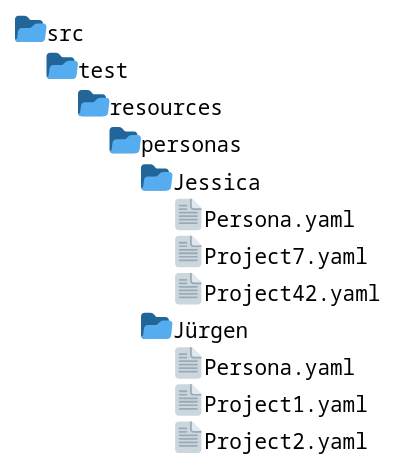
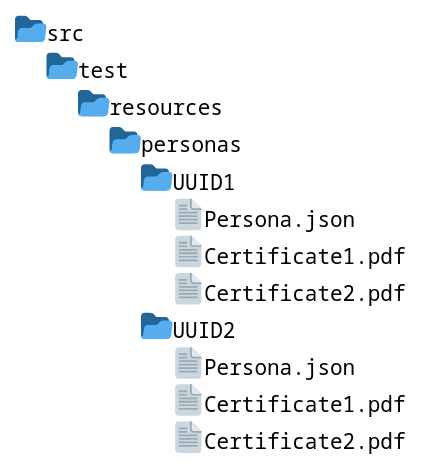
Before and after one commit to infoteam-Software-AG/profile-assist: the diagram in src/main/docs/_includes/concept/persona-folder-structure.puml, drawn with PlantUML. The commit also changed 1 other file, not shown here.

Commit message:
22/Added definition for stored persona files (#35)
* 22/Added definition for stored persona files

* 22/improved definition for stored persona files

```diff
--- a/src/main/docs/_includes/concept/persona-folder-structure.puml
+++ b/src/main/docs/_includes/concept/persona-folder-structure.puml
@@ -1,8 +1,8 @@
 @startfiles
-/src/test/resources/personas/Jessica/Persona.yaml
-/src/test/resources/personas/Jessica/Project7.yaml
-/src/test/resources/personas/Jessica/Project42.yaml
-/src/test/resources/personas/Jürgen/Persona.yaml
-/src/test/resources/personas/Jürgen/Project1.yaml
-/src/test/resources/personas/Jürgen/Project2.yaml
+/src/test/resources/personas/UUID1/Persona.json
+/src/test/resources/personas/UUID1/Certificate1.pdf
+/src/test/resources/personas/UUID1/Certificate2.pdf
+/src/test/resources/personas/UUID2/Persona.json
+/src/test/resources/personas/UUID2/Certificate1.pdf
+/src/test/resources/personas/UUID2/Certificate2.pdf
 @endfiles
```
